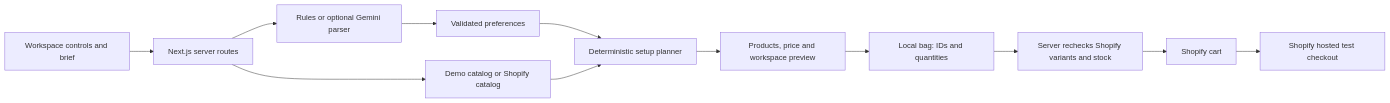
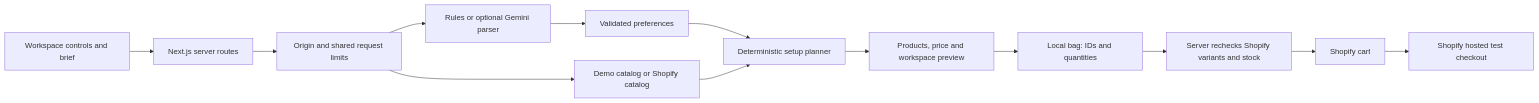
The diagram in README.md (Saadullah-2004/desklab), drawn with Mermaid before and after one commit. The commit also changed other lines of this file and 44 other files, not shown here.

````diff
--- a/README.md
+++ b/README.md
@@ -67,14 +73,15 @@
 ```mermaid
 flowchart LR
     Shopper[Workspace controls and brief] --> API[Next.js server routes]
-    API --> Catalog[Demo catalog or Shopify catalog]
-    API --> Parser[Rules or optional Gemini parser]
+    API --> Limits[Origin and shared request limits]
+    Limits --> Catalog[Demo catalog or Shopify catalog]
+    Limits --> Parser[Rules or optional Gemini parser]
     Parser --> Preferences[Validated preferences]
     Preferences --> Solver[Deterministic setup planner]
     Catalog --> Solver
     Solver --> Preview[Products, price and workspace preview]
     Preview --> Bag[Local bag: IDs and quantities]
     Bag --> Check[Server rechecks Shopify variants and stock]
     Check --> Cart[Shopify cart]
     Cart --> Checkout[Shopify hosted test checkout]
 ```
````
